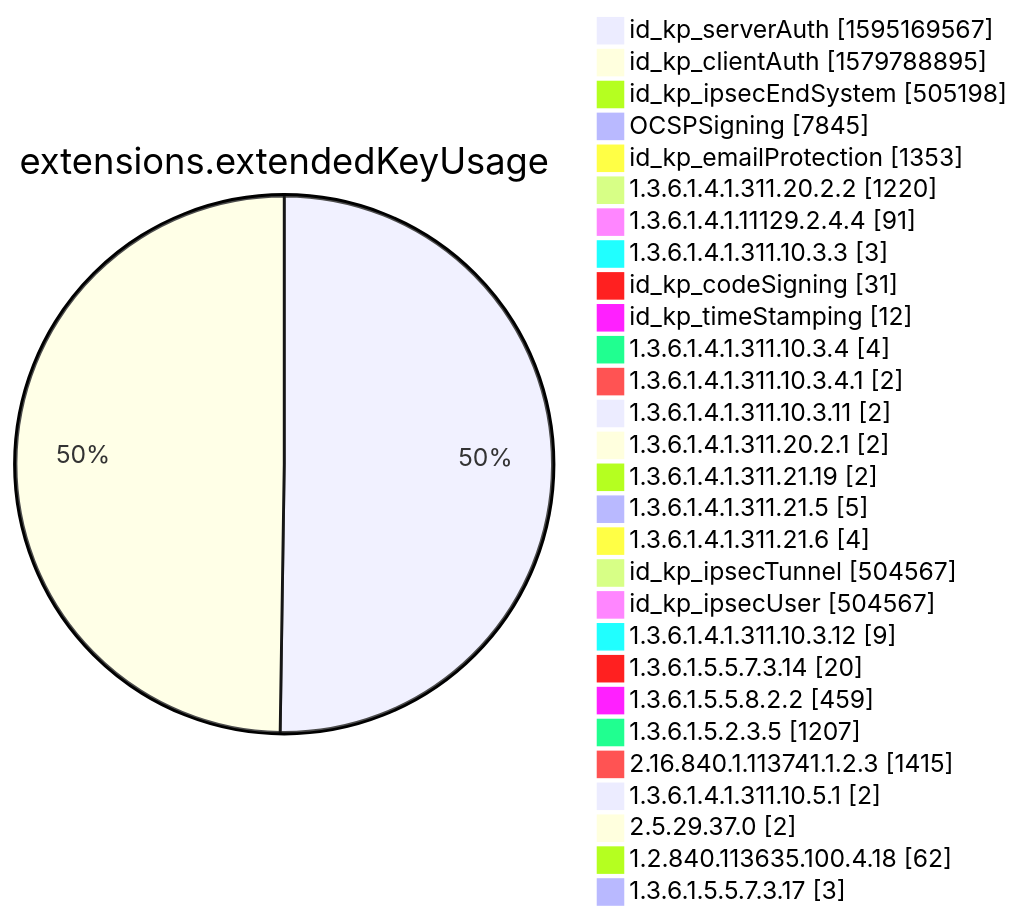
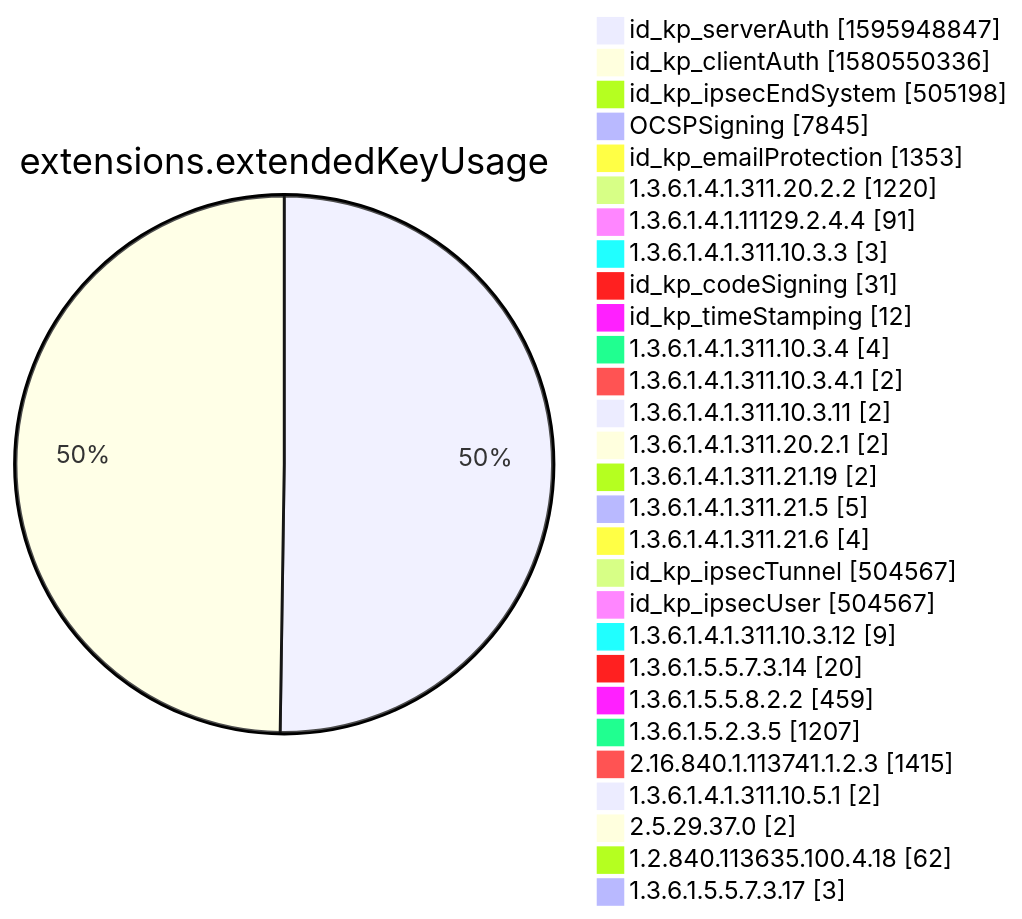
Before and after one commit to christiankrug/ctmonitor_visualization: diagram 12 of 15 in xenon2022/README.md, drawn with Mermaid. The commit also changed other lines of this file, not shown here.

````diff
--- a/xenon2022/README.md
+++ b/xenon2022/README.md
@@ -3885,32 +3885,32 @@
 ```mermaid
 pie showData
 title extensions.extendedKeyUsage
-"id_kp_serverAuth" :1595169567
-"id_kp_clientAuth" :1579788895
+"id_kp_serverAuth" :1595948847
+"id_kp_clientAuth" :1580550336
 "id_kp_ipsecEndSystem" :505198
 "OCSPSigning" :7845
 "id_kp_emailProtection" :1353
 "1.3.6.1.4.1.311.20.2.2" :1220
 "1.3.6.1.4.1.11129.2.4.4" :91
 "1.3.6.1.4.1.311.10.3.3" :3
 "id_kp_codeSigning" :31
 "id_kp_timeStamping" :12
 "1.3.6.1.4.1.311.10.3.4" :4
 "1.3.6.1.4.1.311.10.3.4.1" :2
 "1.3.6.1.4.1.311.10.3.11" :2
 "1.3.6.1.4.1.311.20.2.1" :2
 "1.3.6.1.4.1.311.21.19" :2
 "1.3.6.1.4.1.311.21.5" :5
 "1.3.6.1.4.1.311.21.6" :4
 "id_kp_ipsecTunnel" :504567
 "id_kp_ipsecUser" :504567
 "1.3.6.1.4.1.311.10.3.12" :9
 "1.3.6.1.5.5.7.3.14" :20
 "1.3.6.1.5.5.8.2.2" :459
 "1.3.6.1.5.2.3.5" :1207
 "2.16.840.1.113741.1.2.3" :1415
 "1.3.6.1.4.1.311.10.5.1" :2
 "2.5.29.37.0" :2
 "1.2.840.113635.100.4.18" :62
 "1.3.6.1.5.5.7.3.17" :3
 ```
````
